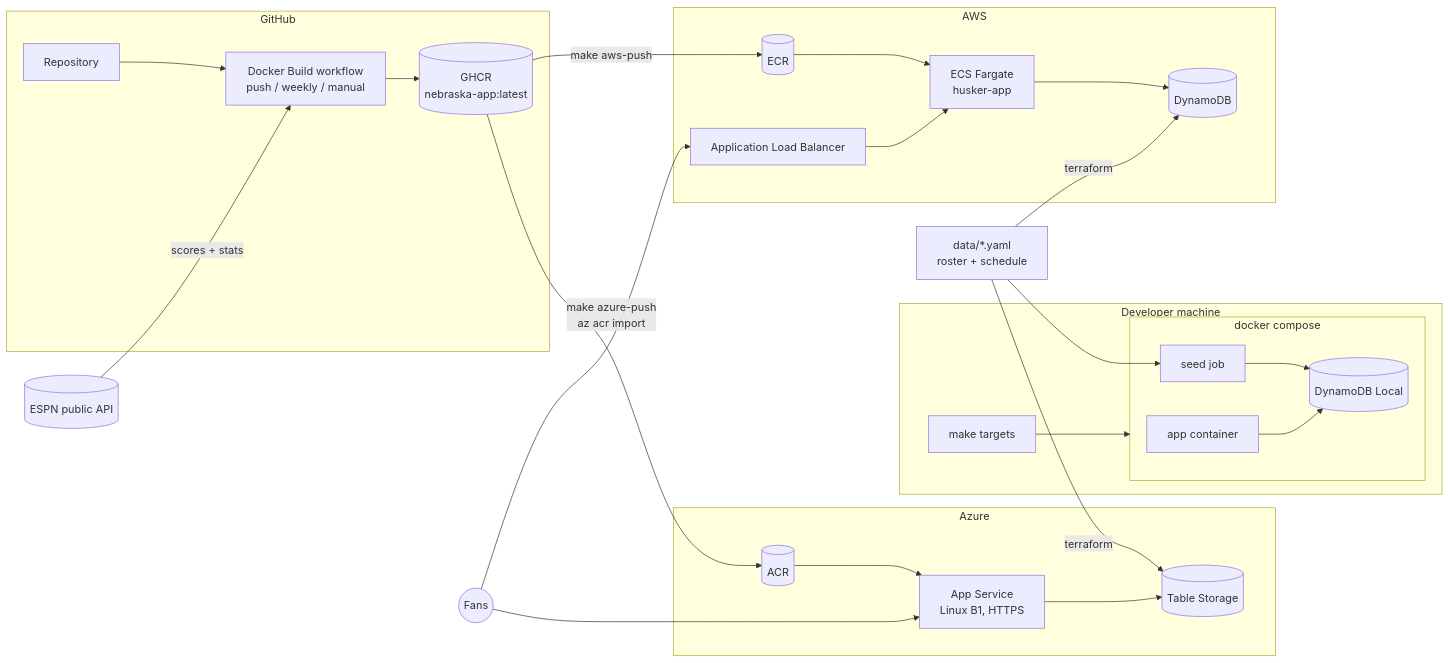
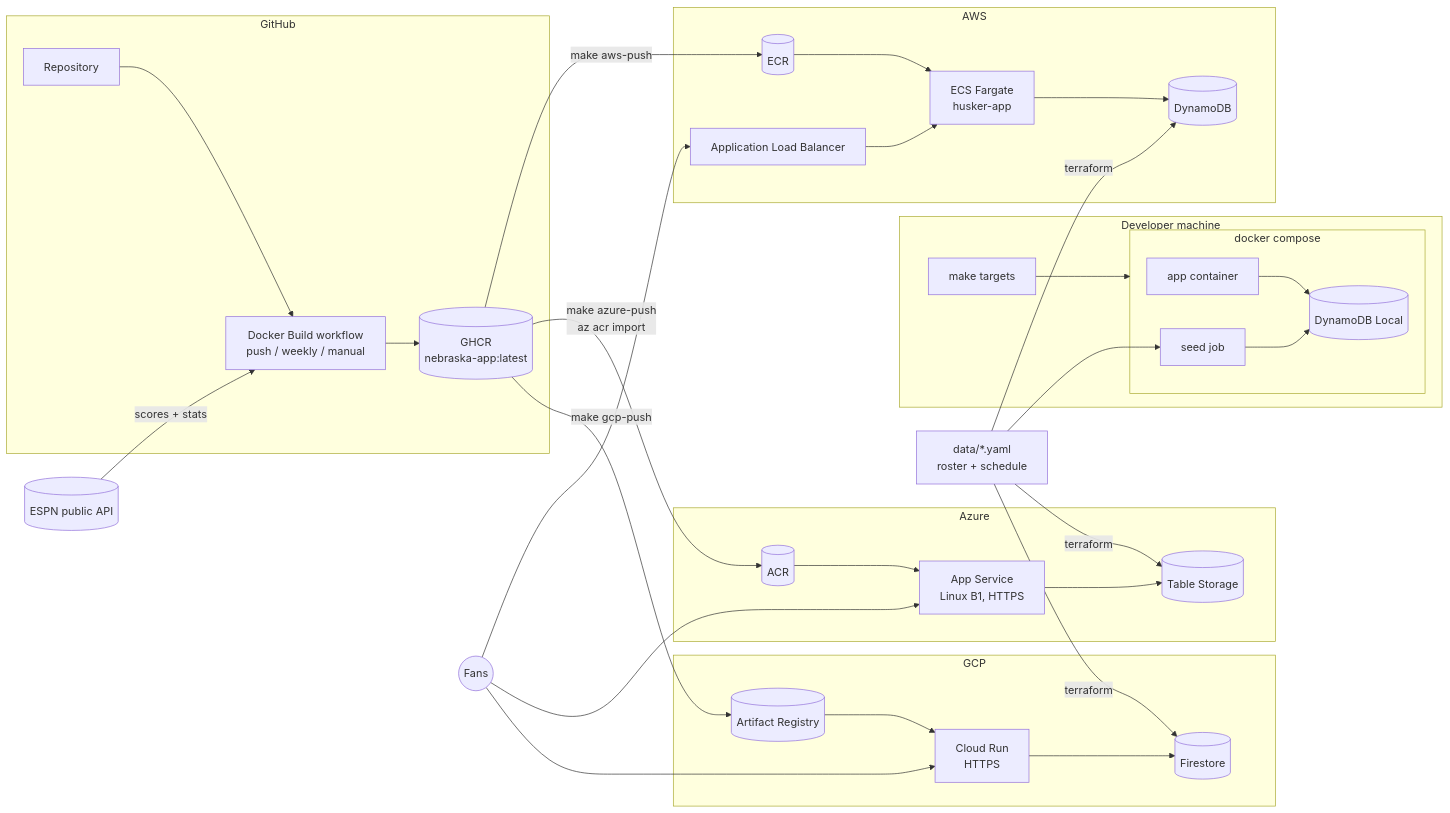
The first of 5 diagrams in README.md (kclinden/nebraska-app), drawn with Mermaid before and after one commit. The commit also changed other lines of this file and 12 other files, not shown here.

First line of the commit message:
Add GCP deployment (Cloud Run + Firestore)

````diff
--- a/README.md
+++ b/README.md
@@ -29,37 +29,45 @@
 ```mermaid
 flowchart LR
     ESPN[(ESPN public API)]
     subgraph GH[GitHub]
         Repo[Repository] --> GHA[Docker Build workflow<br/>push / weekly / manual]
         GHA --> GHCR[(GHCR<br/>nebraska-app:latest)]
     end
     ESPN -- scores + stats --> GHA
 
     subgraph Dev[Developer machine]
         Make[make targets]
         subgraph Compose[docker compose]
             LocalApp[app container] --> DDBL[(DynamoDB Local)]
             Seed[seed job] --> DDBL
         end
     end
     Data[data/*.yaml<br/>roster + schedule] --> Seed
 
     subgraph AWS
         ALB[Application Load Balancer] --> ECS[ECS Fargate<br/>husker-app]
         ECR[(ECR)] --> ECS
         ECS --> DDB[(DynamoDB)]
     end
 
     subgraph Azure
         ACA[App Service<br/>Linux B1, HTTPS] --> Tables[(Table Storage)]
         ACR[(ACR)] --> ACA
     end
 
+    subgraph GCP
+        RUN[Cloud Run<br/>HTTPS] --> FS[(Firestore)]
+        GAR[(Artifact Registry)] --> RUN
+    end
+
     GHCR -- make aws-push --> ECR
     GHCR -- make azure-push<br/>az acr import --> ACR
+    GHCR -- make gcp-push --> GAR
     Data -- terraform --> DDB
     Data -- terraform --> Tables
+    Data -- terraform --> FS
     Make --> Compose
     Users((Fans)) --> ALB
     Users --> ACA
+    Users --> RUN
 ```
````
